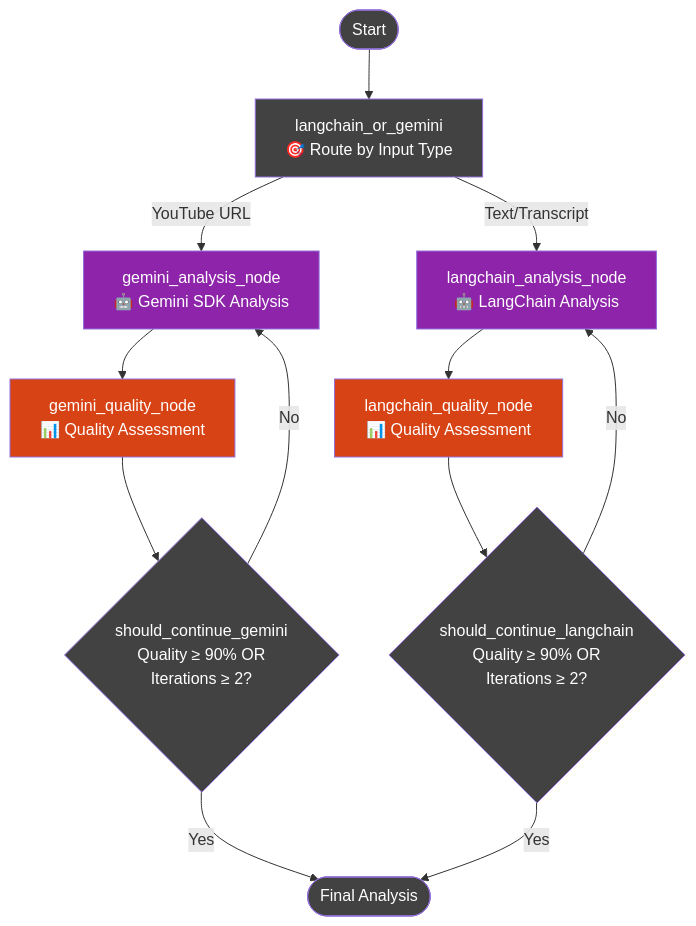
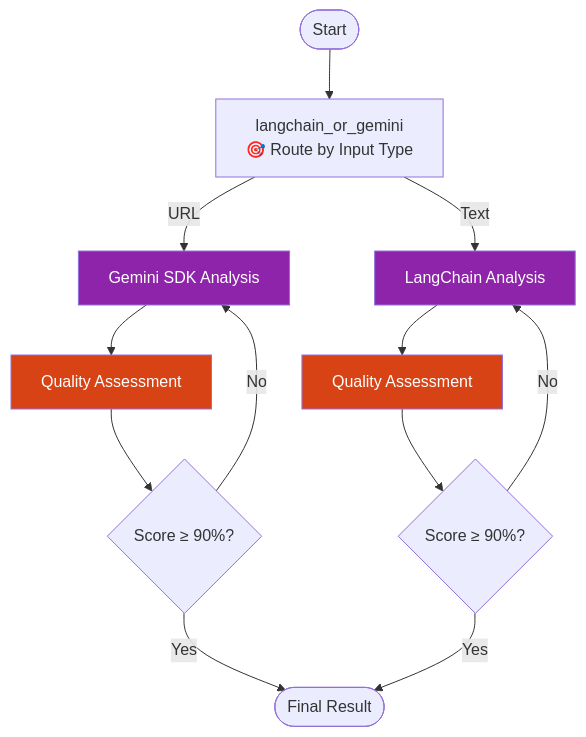
One commit to teron131/youtube-summarizer changed the second of 2 diagrams in README.md. Above: the diagram before and after it, drawn with Mermaid. The commit also changed other lines of this file and 1 other file, not shown here.

````diff
--- a/README.md
+++ b/README.md
@@ -57,29 +58,19 @@
 ```mermaid
 graph TD
     START([Start]) --> ROUTER[langchain_or_gemini<br/>🎯 Route by Input Type]
-
-    ROUTER -->|YouTube URL| GEMINI_ANALYSIS[gemini_analysis_node<br/>🤖 Gemini SDK Analysis]
-    ROUTER -->|Text/Transcript| LANGCHAIN_ANALYSIS[langchain_analysis_node<br/>🤖 LangChain Analysis]
-
-    GEMINI_ANALYSIS --> GEMINI_QUALITY[gemini_quality_node<br/>📊 Quality Assessment]
-    LANGCHAIN_ANALYSIS --> LANGCHAIN_QUALITY[langchain_quality_node<br/>📊 Quality Assessment]
-
-    GEMINI_QUALITY --> GEMINI_CONDITION{should_continue_gemini<br/>Quality ≥ 90% OR<br/>Iterations ≥ 2?}
-    LANGCHAIN_QUALITY --> LANGCHAIN_CONDITION{should_continue_langchain<br/>Quality ≥ 90% OR<br/>Iterations ≥ 2?}
-
-    GEMINI_CONDITION -->|Yes| END([Final Analysis])
-    LANGCHAIN_CONDITION -->|Yes| END
-
-    GEMINI_CONDITION -->|No| GEMINI_ANALYSIS
-    LANGCHAIN_CONDITION -->|No| LANGCHAIN_ANALYSIS
-
-    style START fill:#424242,color:#fff
-    style ROUTER fill:#424242,color:#fff
-    style GEMINI_ANALYSIS fill:#8E24AA,color:#fff
-    style LANGCHAIN_ANALYSIS fill:#8E24AA,color:#fff
-    style GEMINI_QUALITY fill:#D84315,color:#fff
-    style LANGCHAIN_QUALITY fill:#D84315,color:#fff
-    style GEMINI_CONDITION fill:#424242,color:#fff
-    style LANGCHAIN_CONDITION fill:#424242,color:#fff
-    style END fill:#424242,color:#fff
+    ROUTER -->|URL| GEMINI[Gemini SDK Analysis]
+    ROUTER -->|Text| LANGCHAIN[LangChain Analysis]
+    GEMINI --> G_QUAL[Quality Assessment]
+    LANGCHAIN --> L_QUAL[Quality Assessment]
+    G_QUAL --> G_COND{Score ≥ 90%?}
+    L_QUAL --> L_COND{Score ≥ 90%?}
+    G_COND -->|Yes| END([Final Result])
+    L_COND -->|Yes| END
+    G_COND -->|No| GEMINI
+    L_COND -->|No| LANGCHAIN
+    
+    style GEMINI fill:#8E24AA,color:#fff
+    style LANGCHAIN fill:#8E24AA,color:#fff
+    style G_QUAL fill:#D84315,color:#fff
+    style L_QUAL fill:#D84315,color:#fff
 ```
````
